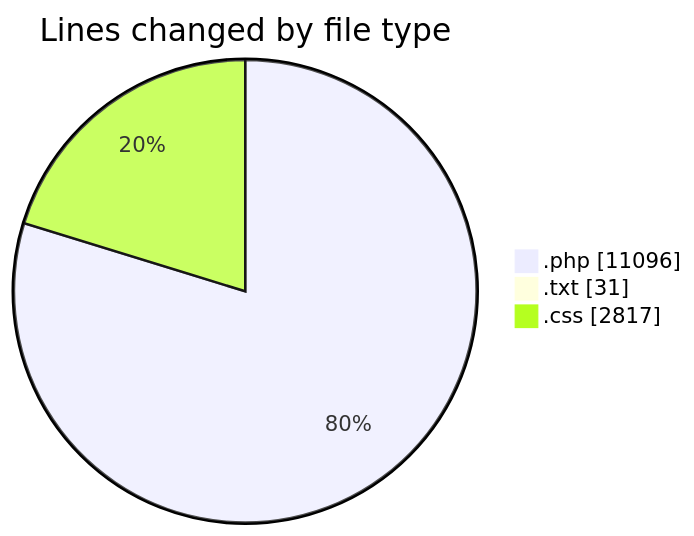
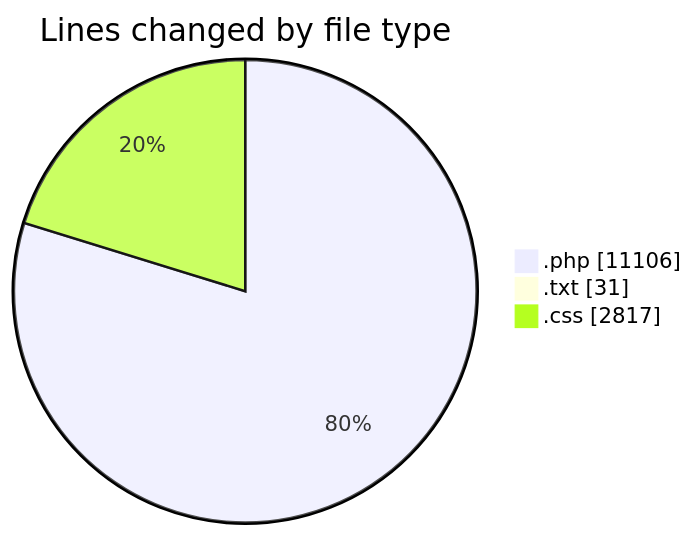
The first of 2 diagrams in 2025-10-17/untitled__workspace_/README.md (debugP/code-tracking), drawn with Mermaid before and after one commit. The commit also changed other lines of this file and 1 other file, not shown here.

````diff
--- a/2025-10-17/untitled__workspace_/README.md
+++ b/2025-10-17/untitled__workspace_/README.md
@@ -27,7 +27,7 @@
 ```mermaid
 pie showData
 title Lines changed by file type
-".php" : 11096
+".php" : 11106
 ".txt" : 31
 ".css" : 2817
 ```
````
